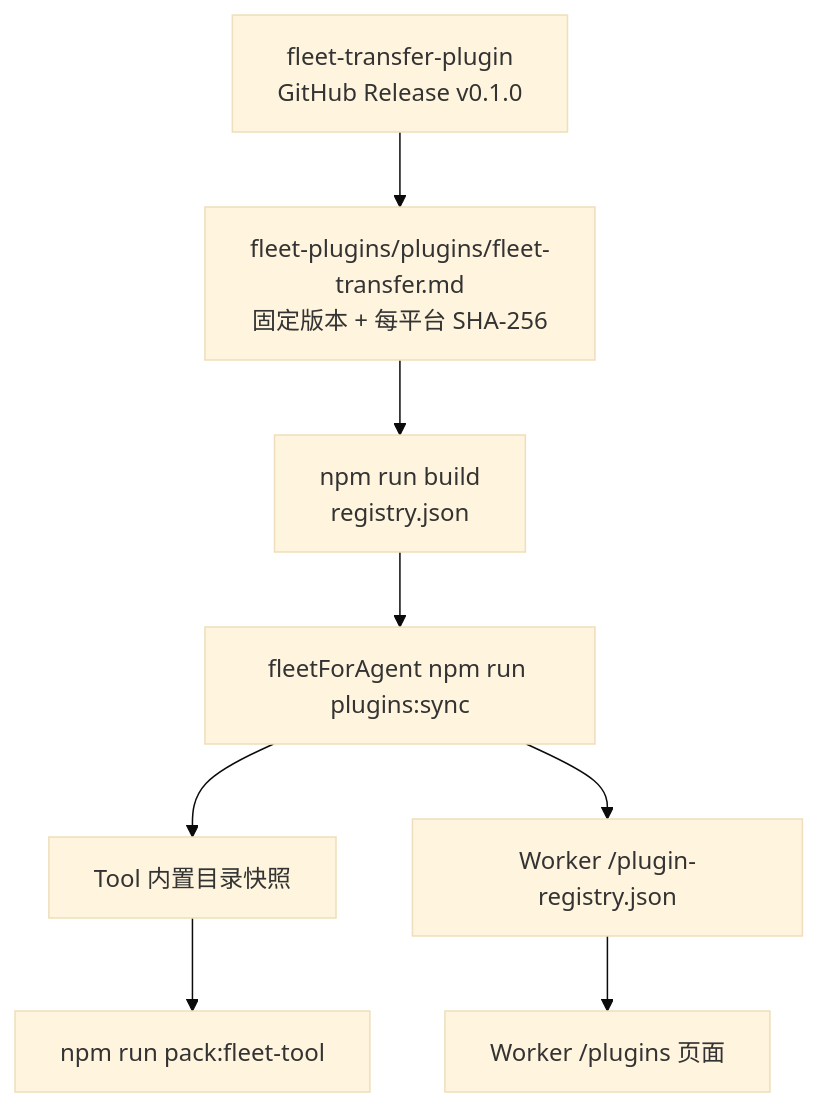
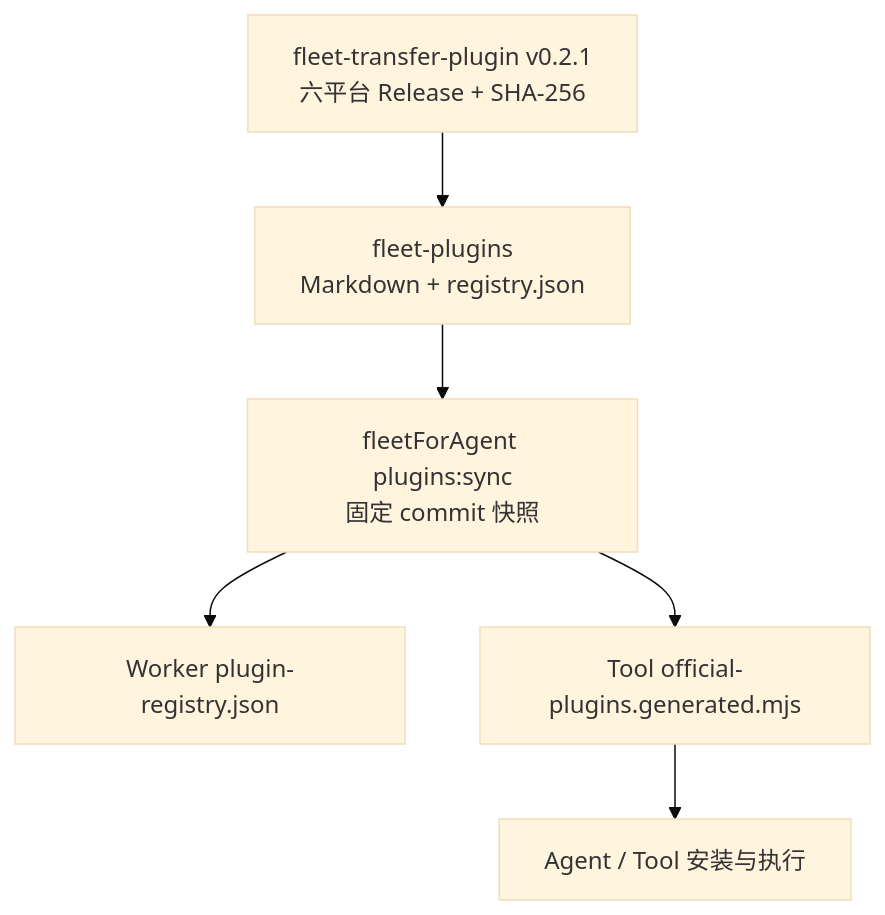
The fourth of 4 diagrams in docs/FILE_TRANSFER.md (TITOCHAN2023/fleetForAgent), drawn with Mermaid (base theme) before and after one commit. The commit also changed other lines of this file and 68 other files, not shown here.

````diff
--- a/docs/FILE_TRANSFER.md
+++ b/docs/FILE_TRANSFER.md
@@ -162,10 +195,8 @@
 ```mermaid
 flowchart TD
-  R[fleet-transfer-plugin\nGitHub Release v0.1.0] --> M[fleet-plugins/plugins/fleet-transfer.md\n固定版本 + 每平台 SHA-256]
-  M --> B[npm run build\nregistry.json]
-  B --> S[fleetForAgent npm run plugins:sync]
-  S --> T[Tool 内置目录快照]
-  S --> W[Worker /plugin-registry.json]
-  T --> P[npm run pack:fleet-tool]
-  W --> UI[Worker /plugins 页面]
+  P[fleet-transfer-plugin v0.2.1<br/>六平台 Release + SHA-256] --> R[fleet-plugins<br/>Markdown + registry.json]
+  R --> S[fleetForAgent plugins:sync<br/>固定 commit 快照]
+  S --> W[Worker plugin-registry.json]
+  S --> T[Tool official-plugins.generated.mjs]
+  T --> A[Agent / Tool 安装与执行]
 ```
````
